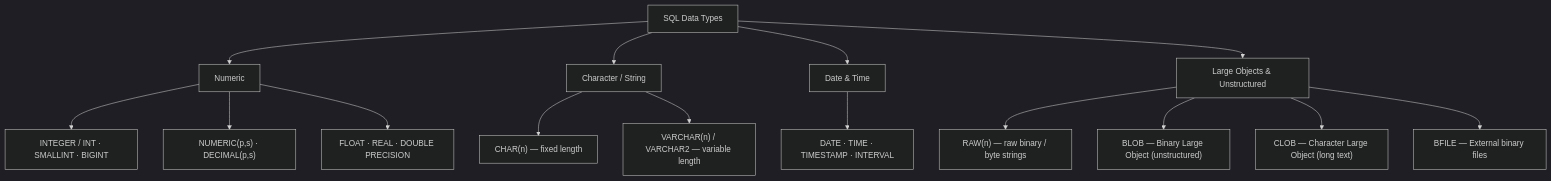
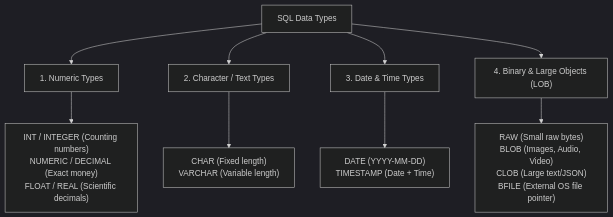
Before and after one commit to daihan054/Govt-it-question-bank-last-16-years-compact-it: the third of 19 diagrams in all-theories-with-previous-questions-attached/database.md, drawn with Mermaid (dark theme). The commit also changed other lines of this file, not shown here.

````diff
--- a/all-theories-with-previous-questions-attached/database.md
+++ b/all-theories-with-previous-questions-attached/database.md
@@ -566,22 +571,13 @@
 ```mermaid
 flowchart TD
     DT["SQL Data Types"]
-    DT --> NUM["Numeric"]
-    DT --> CHR["Character / String"]
-    DT --> DTME["Date & Time"]
-    DT --> LOB["Large Objects & Unstructured"]
+    DT --> NUM["1. Numeric Types"]
+    DT --> CHR["2. Character / Text Types"]
+    DT --> DTME["3. Date & Time Types"]
+    DT --> LOB["4. Binary & Large Objects (LOB)"]
     
-    NUM --> N1["INTEGER / INT · SMALLINT · BIGINT"]
-    NUM --> N2["NUMERIC(p,s) · DECIMAL(p,s)"]
-    NUM --> N3["FLOAT · REAL · DOUBLE PRECISION"]
-    
-    CHR --> C1["CHAR(n) — fixed length"]
-    CHR --> C2["VARCHAR(n) / VARCHAR2 — variable length"]
-    
-    DTME --> D1["DATE · TIME · TIMESTAMP · INTERVAL"]
-    
-    LOB --> L1["RAW(n) — raw binary / byte strings"]
-    LOB --> L2["BLOB — Binary Large Object (unstructured)"]
-    LOB --> L3["CLOB — Character Large Object (long text)"]
-    LOB --> L4["BFILE — External binary files"]
+    NUM --> N1["INT / INTEGER (Counting numbers)<br/>NUMERIC / DECIMAL (Exact money)<br/>FLOAT / REAL (Scientific decimals)"]
+    CHR --> C1["CHAR (Fixed length)<br/>VARCHAR (Variable length)"]
+    DTME --> D1["DATE (YYYY-MM-DD)<br/>TIMESTAMP (Date + Time)"]
+    LOB --> L1["RAW (Small raw bytes)<br/>BLOB (Images, Audio, Video)<br/>CLOB (Large text/JSON)<br/>BFILE (External OS file pointer)"]
 ```
````
